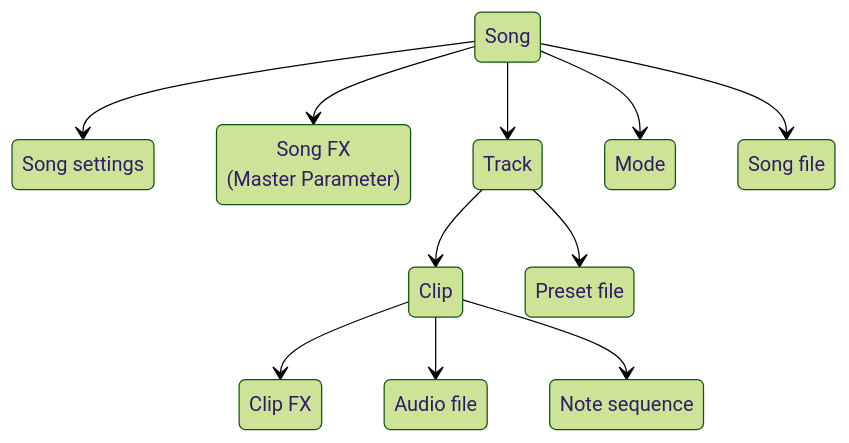
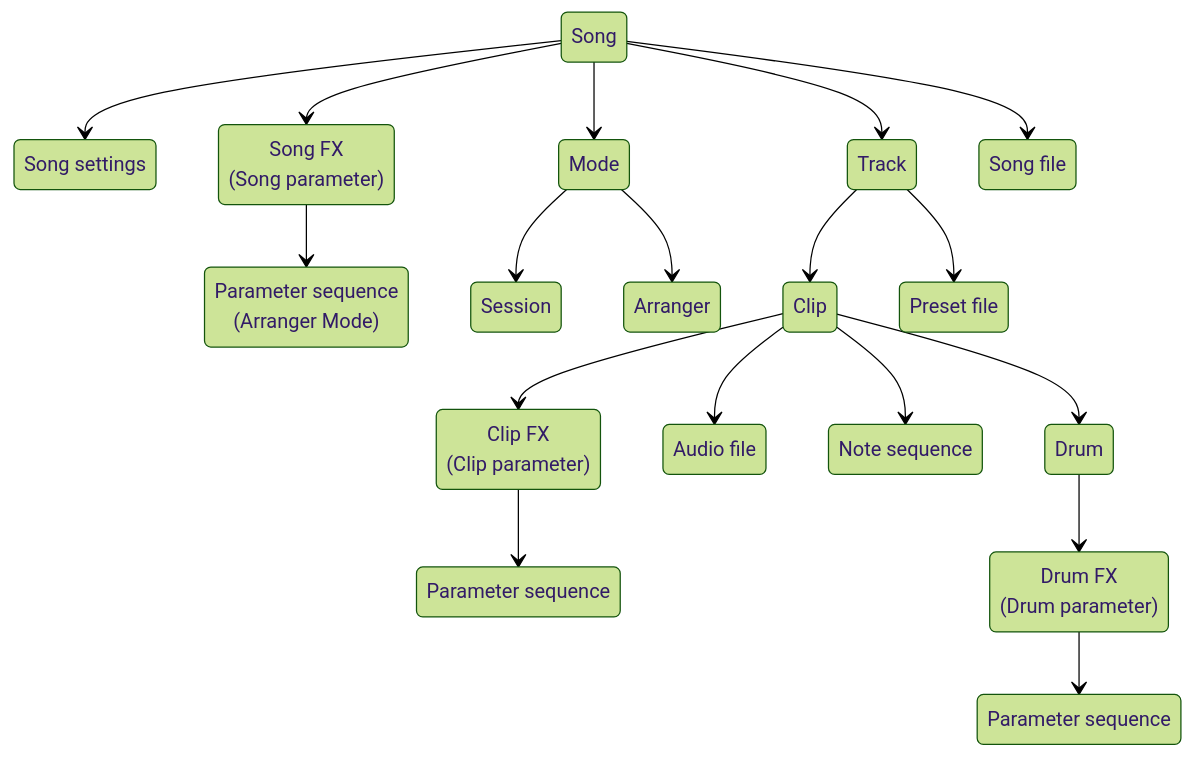
One commit to SynthstromAudible/DelugeFirmware changed the first of 21 diagrams in website/src/content/docs/manual/introduction/concepts.mdx. Above: the diagram before and after it, drawn with Mermaid (forest theme). The commit also changed other lines of this file and 1 other file, not shown here.

````diff
--- a/website/src/content/docs/manual/introduction/concepts.mdx
+++ b/website/src/content/docs/manual/introduction/concepts.mdx
@@ -11,21 +13,32 @@
 ```mermaid
 stateDiagram-v2
   Song --> SongSettings
   Song --> SongFX
+  SongFX --> SongFXSequence
   Song --> Track
   Song --> Mode
+  Mode --> Session
+  Mode --> Arranger
   Track --> Clip
   Clip --> ClipFX
   Clip --> ClipAudioFile
   Clip --> ClipNoteSequence
+  ClipFX --> ClipFXSequence
+  Clip --> Drum
+  Drum --> DrumFX
+  DrumFX --> DrumFXSequence
   Track --> TrackPresetFile
   Song --> SongFile
 
   SongSettings: Song settings
-  SongFX: Song FX <br> (Master Parameter)
+  SongFX: Song FX <br> (Song parameter)
+  SongFXSequence: Parameter sequence <br> (Arranger Mode)
   SongFile: Song file
   TrackPresetFile: Preset file
-  ClipFX: Clip FX
+  ClipFX: Clip FX <br> (Clip parameter)
   ClipAudioFile: Audio file
   ClipNoteSequence: Note sequence
+  ClipFXSequence: Parameter sequence
+  DrumFX: Drum FX <br> (Drum parameter)
+  DrumFXSequence: Parameter sequence
 ```
````
